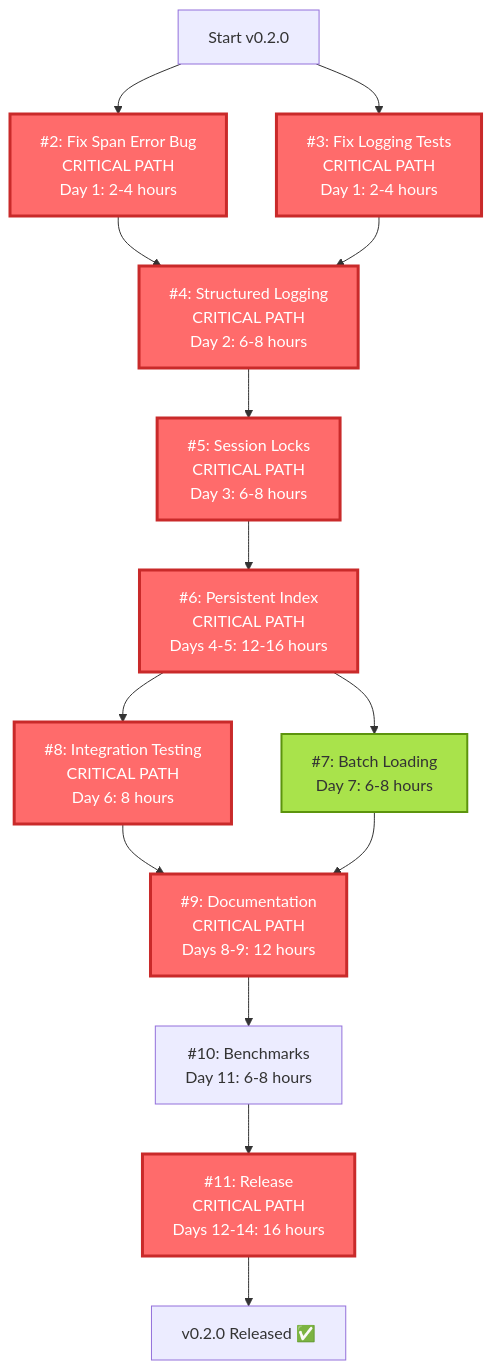
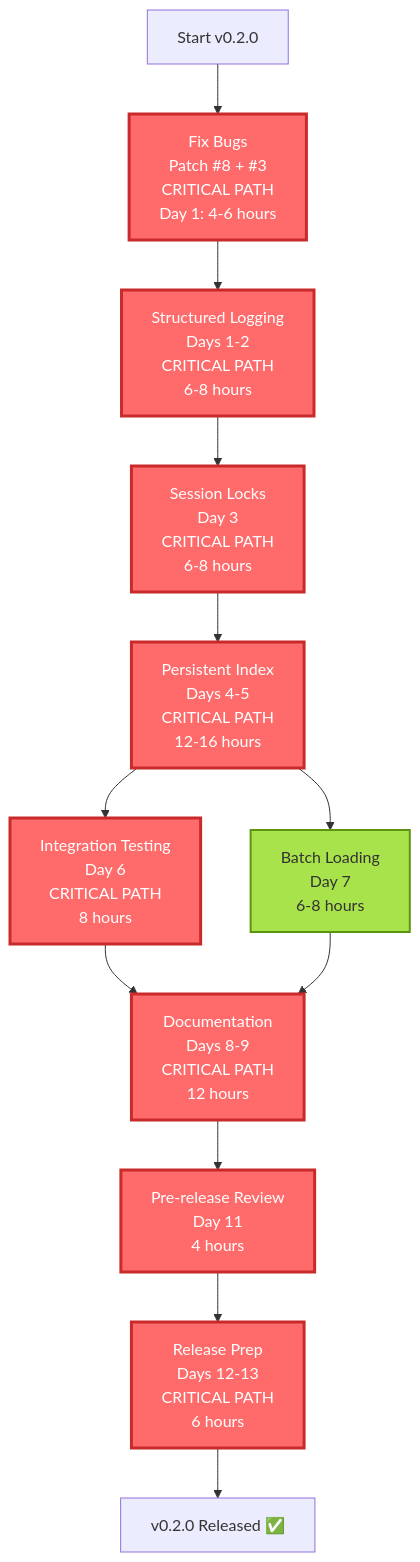
The first of 2 diagrams in CRITICAL_PATH_v0.2.0.md (adrianwedd/rlm-mcp), drawn with Mermaid before and after one commit. The commit also changed other lines of this file and 4 other files, not shown here.

````diff
--- a/CRITICAL_PATH_v0.2.0.md
+++ b/CRITICAL_PATH_v0.2.0.md
@@ -7,31 +7,29 @@
 ```mermaid
 graph TD
-    Start[Start v0.2.0] --> Patch8[#2: Fix Span Error Bug<br/>CRITICAL PATH<br/>Day 1: 2-4 hours]
-    Start --> Patch3[#3: Fix Logging Tests<br/>CRITICAL PATH<br/>Day 1: 2-4 hours]
+    Start[Start v0.2.0] --> BugFixes[Fix Bugs<br/>Patch #8 + #3<br/>CRITICAL PATH<br/>Day 1: 4-6 hours]
 
-    Patch8 --> Logging[#4: Structured Logging<br/>CRITICAL PATH<br/>Day 2: 6-8 hours]
-    Patch3 --> Logging
+    BugFixes --> Logging[Structured Logging<br/>Days 1-2<br/>CRITICAL PATH<br/>6-8 hours]
 
-    Logging --> Locks[#5: Session Locks<br/>CRITICAL PATH<br/>Day 3: 6-8 hours]
+    Logging --> Locks[Session Locks<br/>Day 3<br/>CRITICAL PATH<br/>6-8 hours]
 
-    Locks --> IndexPersist[#6: Persistent Index<br/>CRITICAL PATH<br/>Days 4-5: 12-16 hours]
+    Locks --> IndexPersist[Persistent Index<br/>Days 4-5<br/>CRITICAL PATH<br/>12-16 hours]
 
-    IndexPersist --> BatchLoad[#7: Batch Loading<br/>Day 7: 6-8 hours]
-    IndexPersist --> IntegrationTest[#8: Integration Testing<br/>CRITICAL PATH<br/>Day 6: 8 hours]
+    IndexPersist --> BatchLoad[Batch Loading<br/>Day 7<br/>6-8 hours]
+    IndexPersist --> IntegrationTest[Integration Testing<br/>Day 6<br/>CRITICAL PATH<br/>8 hours]
 
-    IntegrationTest --> Docs[#9: Documentation<br/>CRITICAL PATH<br/>Days 8-9: 12 hours]
+    IntegrationTest --> Docs[Documentation<br/>Days 8-9<br/>CRITICAL PATH<br/>12 hours]
     BatchLoad --> Docs
 
-    Docs --> Benchmarks[#10: Benchmarks<br/>Day 11: 6-8 hours]
+    Docs --> Review[Pre-release Review<br/>Day 11<br/>4 hours]
 
-    Benchmarks --> Release[#11: Release<br/>CRITICAL PATH<br/>Days 12-14: 16 hours]
+    Review --> Release[Release Prep<br/>Days 12-13<br/>CRITICAL PATH<br/>6 hours]
 
     Release --> Done[v0.2.0 Released ✅]
 
     classDef critical fill:#ff6b6b,stroke:#c92a2a,stroke-width:3px,color:#fff
     classDef normal fill:#74c0fc,stroke:#1c7ed6,stroke-width:2px
     classDef optional fill:#a9e34b,stroke:#5c940d,stroke-width:2px
 
-    class Patch8,Patch3,Logging,Locks,IndexPersist,IntegrationTest,Docs,Release critical
+    class BugFixes,Logging,Locks,IndexPersist,IntegrationTest,Docs,Review,Release critical
     class BatchLoad optional
 ```
````
